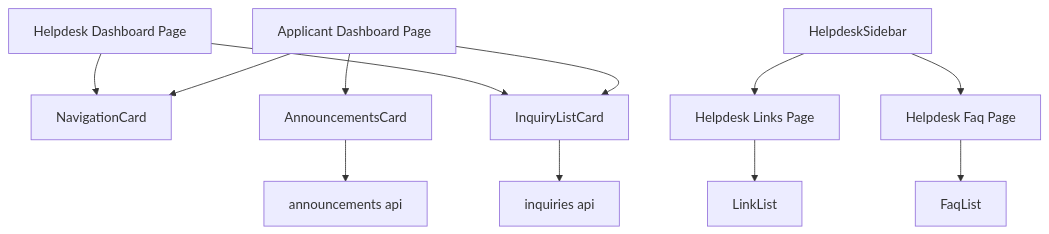
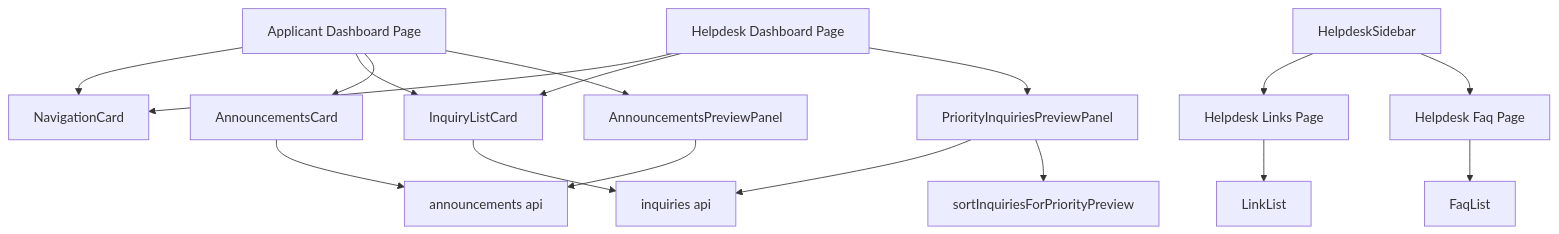
Before and after one commit to yuitosuenaga/daiso-portal-mock: the diagram in .kiro/specs/dashboard-card-redesign/design.md, drawn with Mermaid. The commit also changed other lines of this file and 20 other files, not shown here.

````diff
--- a/.kiro/specs/dashboard-card-redesign/design.md
+++ b/.kiro/specs/dashboard-card-redesign/design.md
@@ -61,27 +69,35 @@
 ```mermaid
 graph TB
     ApplicantPage[Applicant Dashboard Page]
     HelpdeskPage[Helpdesk Dashboard Page]
     NavCard[NavigationCard]
     InquiryCard[InquiryListCard]
     AnnouncementCard[AnnouncementsCard]
+    AnnouncementsPreview[AnnouncementsPreviewPanel]
+    PriorityInquiriesPreview[PriorityInquiriesPreviewPanel]
     InquiriesApi[inquiries api]
     AnnouncementsApi[announcements api]
+    PriorityUtil[sortInquiriesForPriorityPreview]
     LinksPage[Helpdesk Links Page]
     FaqPage[Helpdesk Faq Page]
     LinkList[LinkList]
     FaqList[FaqList]
     HelpdeskSidebar[HelpdeskSidebar]
 
     ApplicantPage --> NavCard
     ApplicantPage --> InquiryCard
     ApplicantPage --> AnnouncementCard
+    ApplicantPage --> AnnouncementsPreview
     HelpdeskPage --> NavCard
     HelpdeskPage --> InquiryCard
+    HelpdeskPage --> PriorityInquiriesPreview
     InquiryCard --> InquiriesApi
     AnnouncementCard --> AnnouncementsApi
+    AnnouncementsPreview --> AnnouncementsApi
+    PriorityInquiriesPreview --> InquiriesApi
+    PriorityInquiriesPreview --> PriorityUtil
     LinksPage --> LinkList
     FaqPage --> FaqList
     HelpdeskSidebar --> LinksPage
     HelpdeskSidebar --> FaqPage
 ```
````
